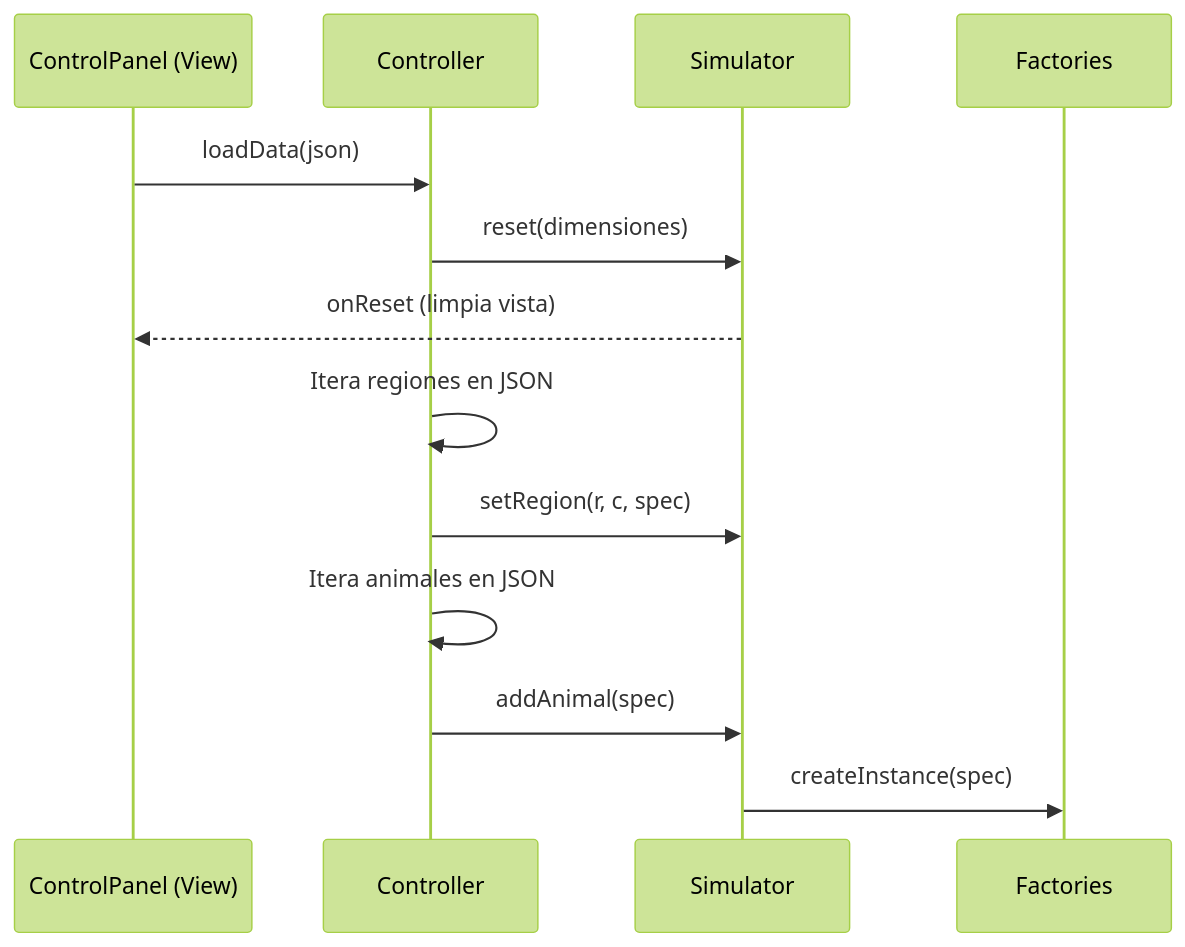
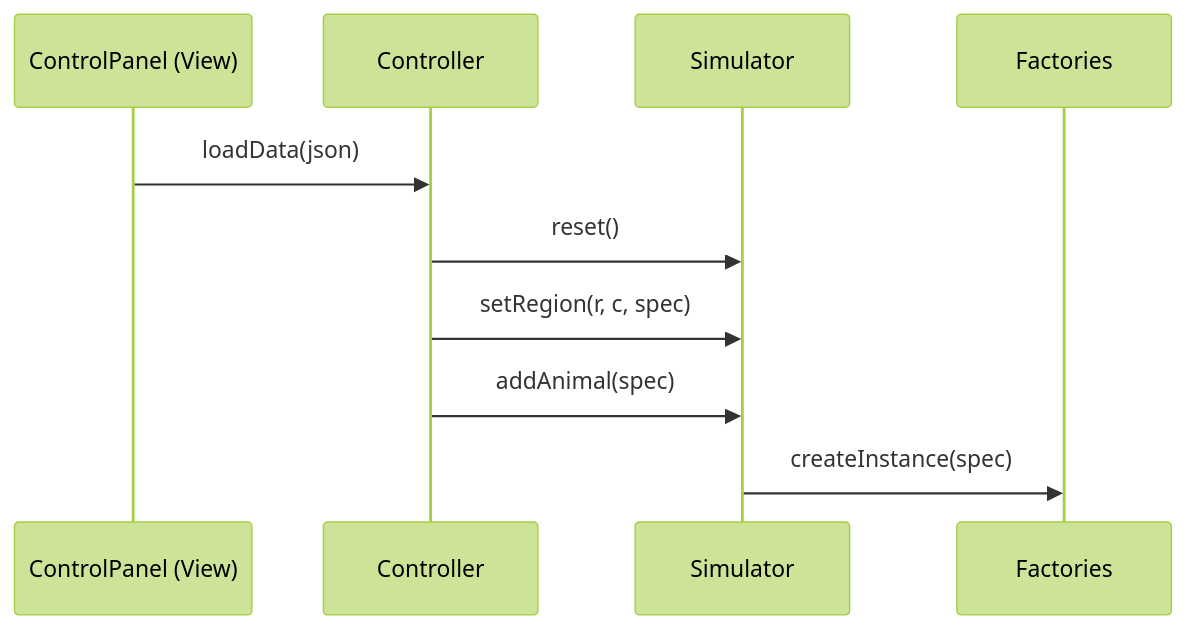
The fourth of 4 diagrams in guiaCompletaSimulador.md (parlandis/TP2-P1), drawn with Mermaid (forest theme) before and after one commit. The commit also changed other lines of this file, not shown here.

````diff
--- a/guiaCompletaSimulador.md
+++ b/guiaCompletaSimulador.md
@@ -149,16 +145,13 @@
 ```mermaid
 sequenceDiagram
     participant CP as ControlPanel (View)
     participant C as Controller
     participant S as Simulator
     participant F as Factories
 
     CP->>C: loadData(json)
-    C->>S: reset(dimensiones)
-    S-->>CP: onReset (limpia vista)
-    C->>C: Itera regiones en JSON
+    C->>S: reset()
     C->>S: setRegion(r, c, spec)
-    C->>C: Itera animales en JSON
     C->>S: addAnimal(spec)
     S->>F: createInstance(spec)
 ```
````
